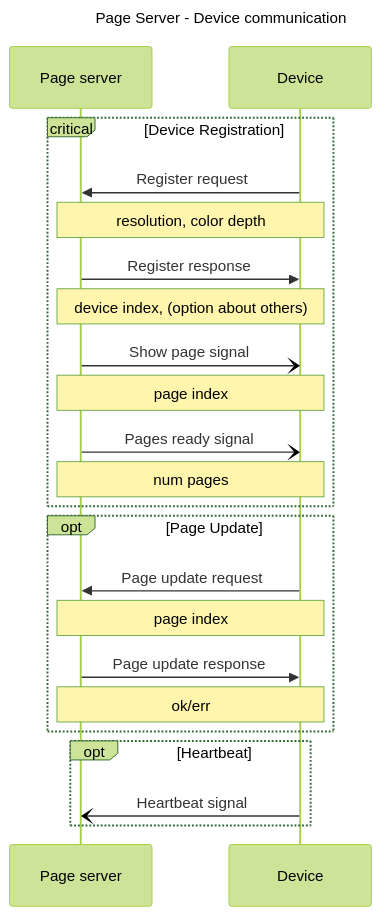
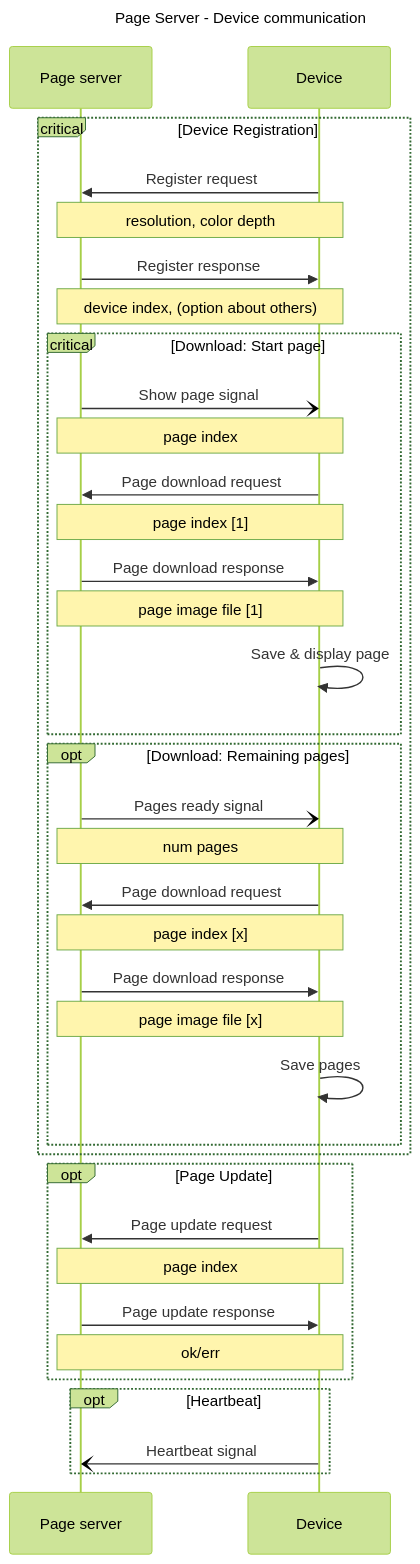
One commit to PDA-UR/inkplate-printer changed the diagram in docs/device-page_server.md. Above: the diagram before and after it, drawn with Mermaid (forest theme).

Commit message:
updated sequence diagram

````diff
--- a/docs/device-page_server.md
+++ b/docs/device-page_server.md
@@ -3,37 +3,52 @@
 ```mermaid
 sequenceDiagram
     title: Page Server - Device communication
 
     participant S as Page server
     participant D as Device
 
     %% ->>: synchronous
     %% -): asynchronous
 
     critical Device Registration
         D ->> S: Register request
         Note over S,D: resolution, color depth
         S ->> D: Register response
         Note over S,D: device index, (option about others)
 
 
-        S -) D: Show page signal
-        Note over S,D: page index
-        S -) D: Pages ready signal
-        Note over S,D: num pages
+        critical Download: Start page
+            S -) D: Show page signal
+            Note over S,D: page index
+            D ->> S: Page download request
+            Note over S,D: page index [1]
+            S ->> D: Page download response
+            Note over S,D: page image file [1]
+            D ->> D: Save & display page
+        end
+
+        opt Download: Remaining pages
+            S -) D: Pages ready signal
+            Note over S,D: num pages
+            D ->> S: Page download request
+            Note over S,D: page index [x]
+            S ->> D: Page download response
+            Note over S,D: page image file [x]
+            D ->> D: Save pages
+        end
 
     end
 
     opt Page Update
         D ->> S: Page update request
         Note over S,D: page index
 
         S ->> D: Page update response
         Note over S,D: ok/err
     end
 
     %% Maybe not necessary?
     opt Heartbeat
         D -) S: Heartbeat signal
     end
 ```
````
